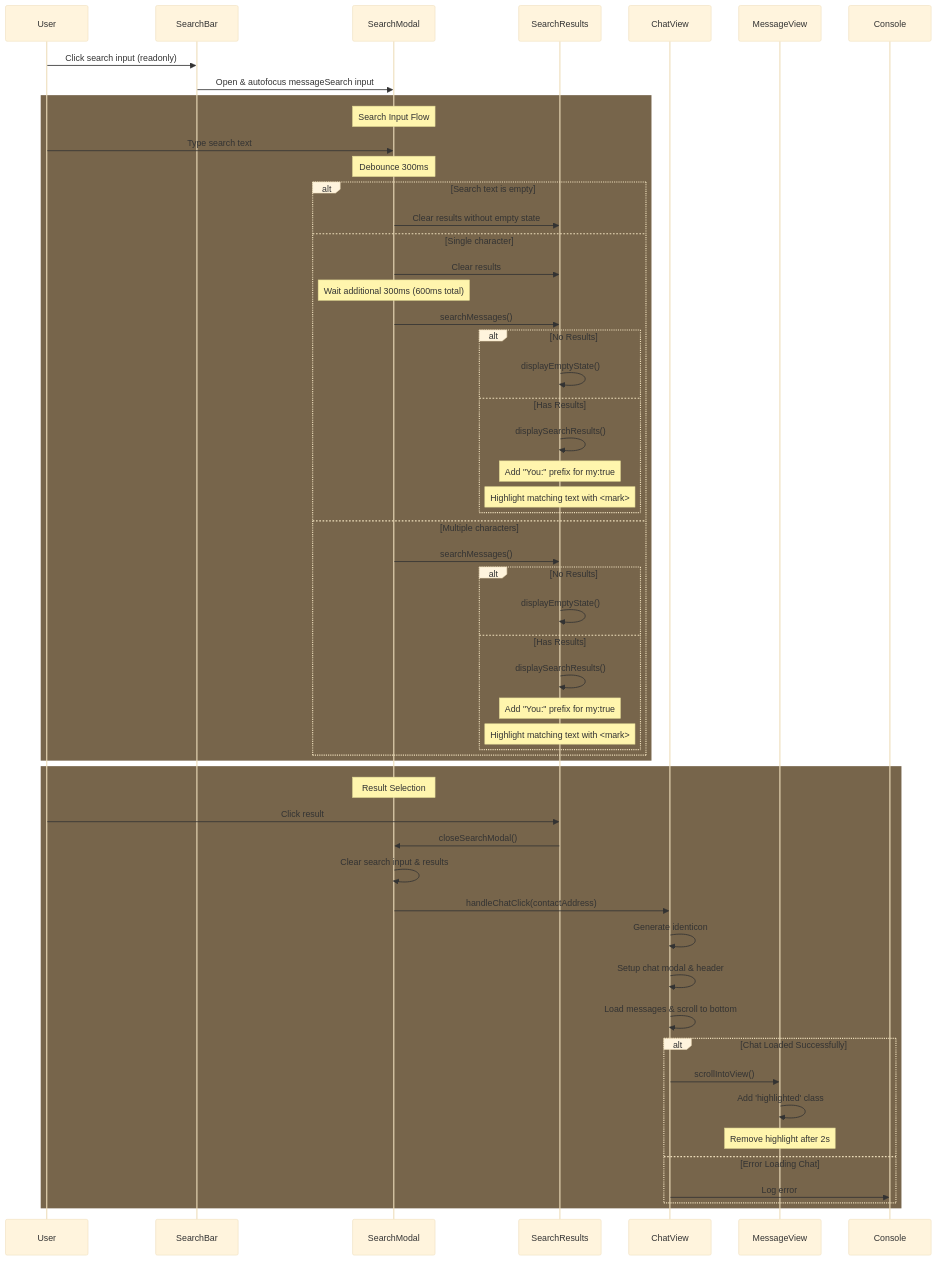
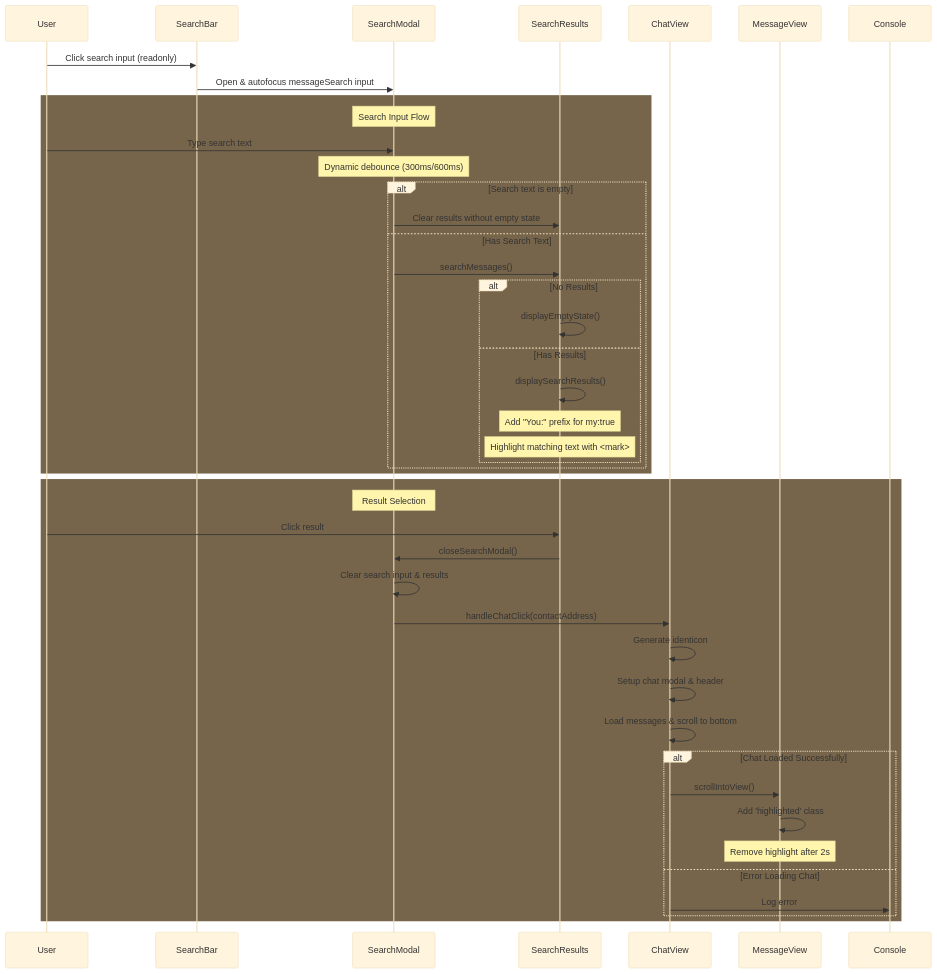
The diagram in data_structures_flow/chat-search-flow.md (silver83p/web-client-v2), drawn with Mermaid (base theme) before and after one commit. The commit also changed other lines of this file and 3 other files, not shown here.

First line of the commit message:
Refactor search functionality with dynamic debounce and unified result handling

````diff
--- a/data_structures_flow/chat-search-flow.md
+++ b/data_structures_flow/chat-search-flow.md
@@ -17,60 +17,49 @@
 ```mermaid
 sequenceDiagram
     participant User
     participant SearchBar
     participant SearchModal
     participant SearchResults
     participant ChatView
     participant MessageView
 
     User->>SearchBar: Click search input (readonly)
     SearchBar->>SearchModal: Open & autofocus messageSearch input
 
     rect rgb(119, 101, 75)
         Note over SearchModal: Search Input Flow
         User->>SearchModal: Type search text
-        Note over SearchModal: Debounce 300ms
+        Note over SearchModal: Dynamic debounce (300ms/600ms)
 
         alt Search text is empty
             SearchModal->>SearchResults: Clear results without empty state
-        else Single character
-            SearchModal->>SearchResults: Clear results
-            Note over SearchModal: Wait additional 300ms (600ms total)
-            SearchModal->>SearchResults: searchMessages()
-            alt No Results
-                SearchResults->>SearchResults: displayEmptyState()
-            else Has Results
-                SearchResults->>SearchResults: displaySearchResults()
-                Note over SearchResults: Add "You:" prefix for my:true
-                Note over SearchResults: Highlight matching text with <mark>
-            end
-        else Multiple characters
+        else Has Search Text
             SearchModal->>SearchResults: searchMessages()
             alt No Results
                 SearchResults->>SearchResults: displayEmptyState()
             else Has Results
                 SearchResults->>SearchResults: displaySearchResults()
                 Note over SearchResults: Add "You:" prefix for my:true
                 Note over SearchResults: Highlight matching text with <mark>
             end
         end
     end
 
     rect rgb(119, 101, 75)
         Note over SearchModal: Result Selection
         User->>SearchResults: Click result
         SearchResults->>SearchModal: closeSearchModal()
         SearchModal->>SearchModal: Clear search input & results
         SearchModal->>ChatView: handleChatClick(contactAddress)
         ChatView->>ChatView: Generate identicon
         ChatView->>ChatView: Setup chat modal & header
         ChatView->>ChatView: Load messages & scroll to bottom
         alt Chat Loaded Successfully
             ChatView->>MessageView: scrollIntoView()
             MessageView->>MessageView: Add 'highlighted' class
             Note over MessageView: Remove highlight after 2s
         else Error Loading Chat
             ChatView->>Console: Log error
         end
     end
 ```
````
